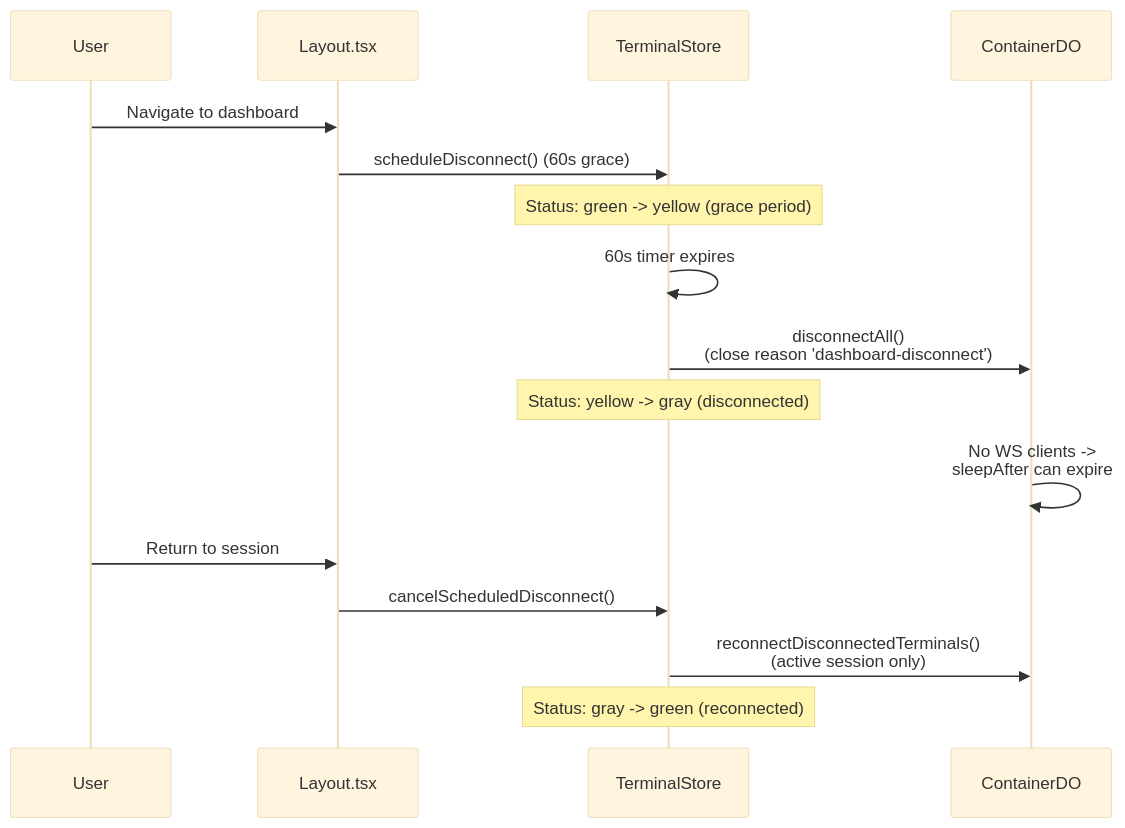
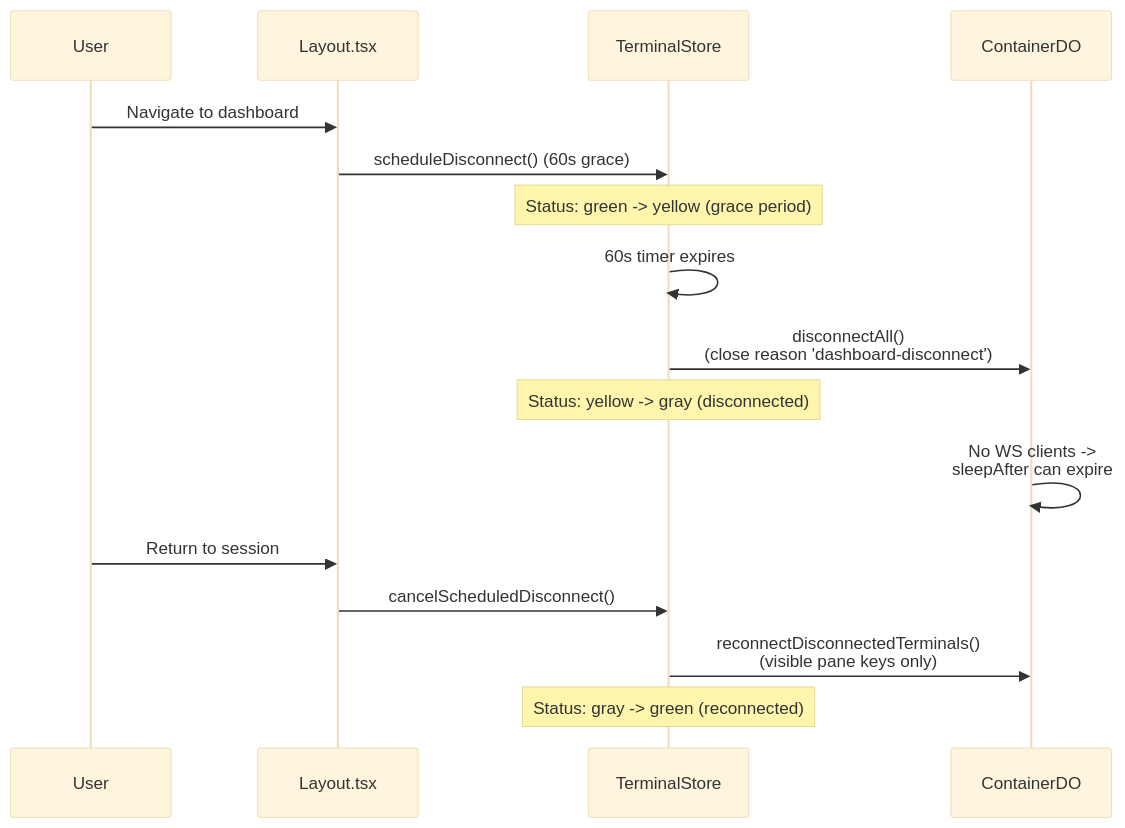
The second of 9 diagrams in documentation/lanes/architecture.md (nikolanovoselec/codeflare), drawn with Mermaid (base theme) before and after one commit. The commit also changed other lines of this file and 12 other files, not shown here.

````diff
--- a/documentation/lanes/architecture.md
+++ b/documentation/lanes/architecture.md
@@ -171,19 +171,19 @@
 ```mermaid
 sequenceDiagram
     participant U as User
     participant L as Layout.tsx
     participant TS as TerminalStore
     participant DO as ContainerDO
 
     U->>L: Navigate to dashboard
     L->>TS: scheduleDisconnect() (60s grace)
     Note over TS: Status: green -> yellow (grace period)
     TS->>TS: 60s timer expires
     TS->>DO: disconnectAll()<br/>(close reason 'dashboard-disconnect')
     Note over TS: Status: yellow -> gray (disconnected)
     DO->>DO: No WS clients -><br/>sleepAfter can expire
     U->>L: Return to session
     L->>TS: cancelScheduledDisconnect()
-    TS->>DO: reconnectDisconnectedTerminals()<br/>(active session only)
+    TS->>DO: reconnectDisconnectedTerminals()<br/>(visible pane keys only)
     Note over TS: Status: gray -> green (reconnected)
 ```
````
